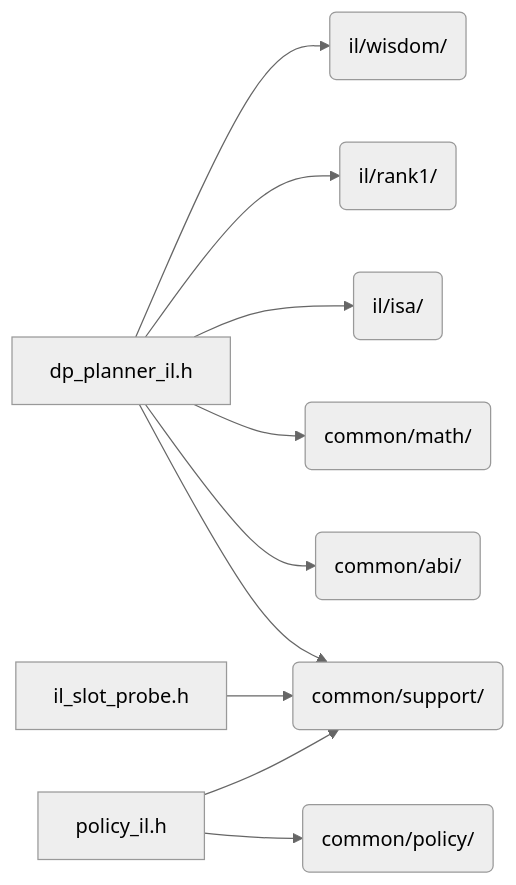
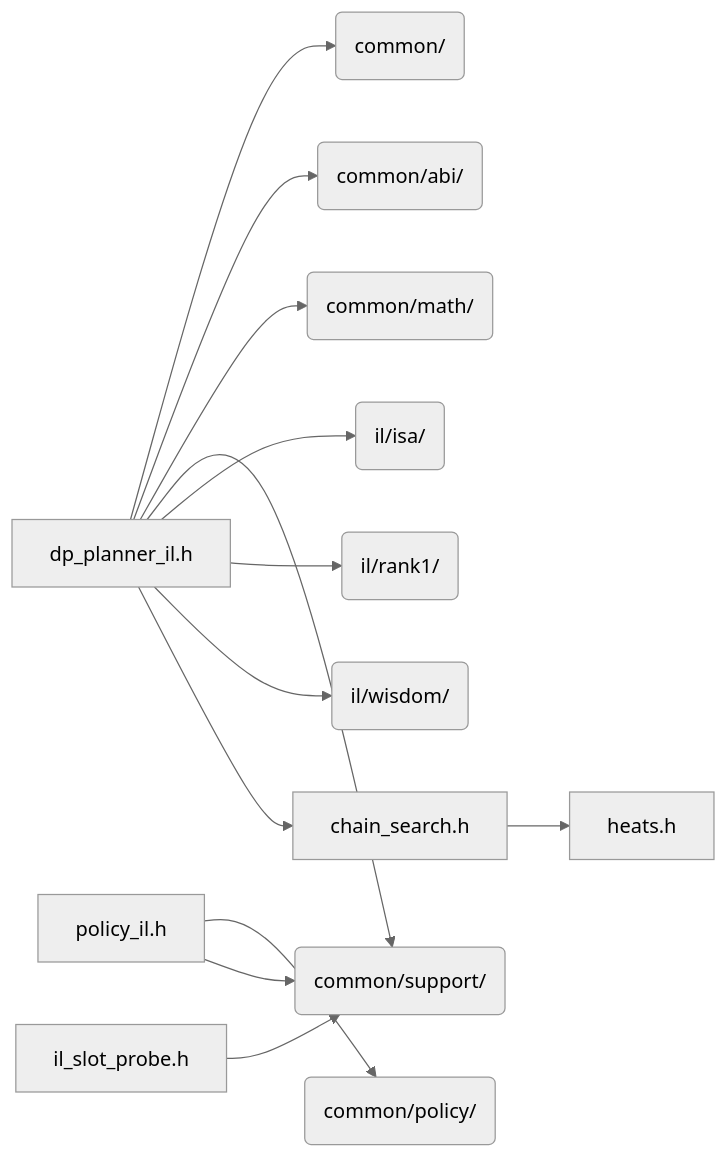
One commit to Tugbars/VectorFFT changed the diagram in docs/architecture/generated/folders/il__planning.md. Above: the diagram before and after it, drawn with Mermaid (neutral theme). The commit also changed other lines of this file and 98 other files, not shown here.

Commit message:
regenerated architecture drawings

````diff
--- a/docs/architecture/generated/folders/il__planning.md
+++ b/docs/architecture/generated/folders/il__planning.md
@@ -12,22 +14,28 @@
 ```mermaid
 flowchart LR
+    n_il_planning_chain_search_h["chain_search.h"]
     n_il_planning_dp_planner_il_h["dp_planner_il.h"]
+    n_il_planning_heats_h["heats.h"]
     n_il_planning_il_slot_probe_h["il_slot_probe.h"]
     n_il_planning_policy_il_h["policy_il.h"]
+    n_dir_common("common/")
     n_dir_common_abi("common/abi/")
     n_dir_common_math("common/math/")
     n_dir_common_policy("common/policy/")
     n_dir_common_support("common/support/")
     n_dir_il_isa("il/isa/")
     n_dir_il_rank1("il/rank1/")
     n_dir_il_wisdom("il/wisdom/")
+    n_il_planning_chain_search_h --> n_il_planning_heats_h
+    n_il_planning_dp_planner_il_h --> n_dir_common
     n_il_planning_dp_planner_il_h --> n_dir_common_abi
     n_il_planning_dp_planner_il_h --> n_dir_common_math
     n_il_planning_dp_planner_il_h --> n_dir_common_support
     n_il_planning_dp_planner_il_h --> n_dir_il_isa
     n_il_planning_dp_planner_il_h --> n_dir_il_rank1
     n_il_planning_dp_planner_il_h --> n_dir_il_wisdom
+    n_il_planning_dp_planner_il_h --> n_il_planning_chain_search_h
     n_il_planning_il_slot_probe_h --> n_dir_common_support
     n_il_planning_policy_il_h --> n_dir_common_policy
     n_il_planning_policy_il_h --> n_dir_common_support
 ```
````
